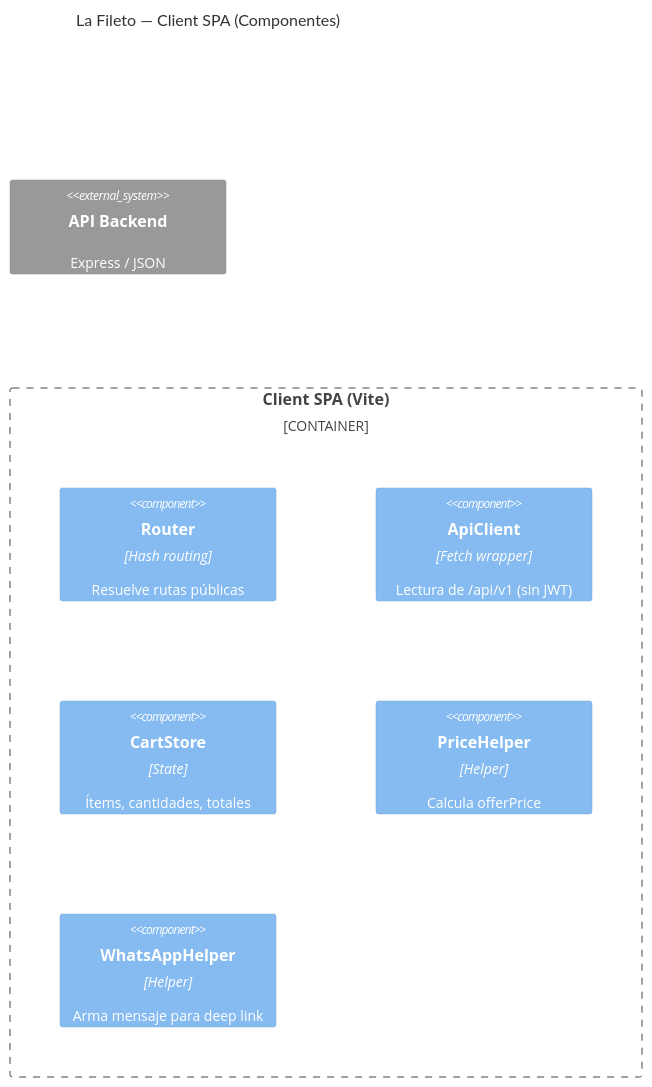
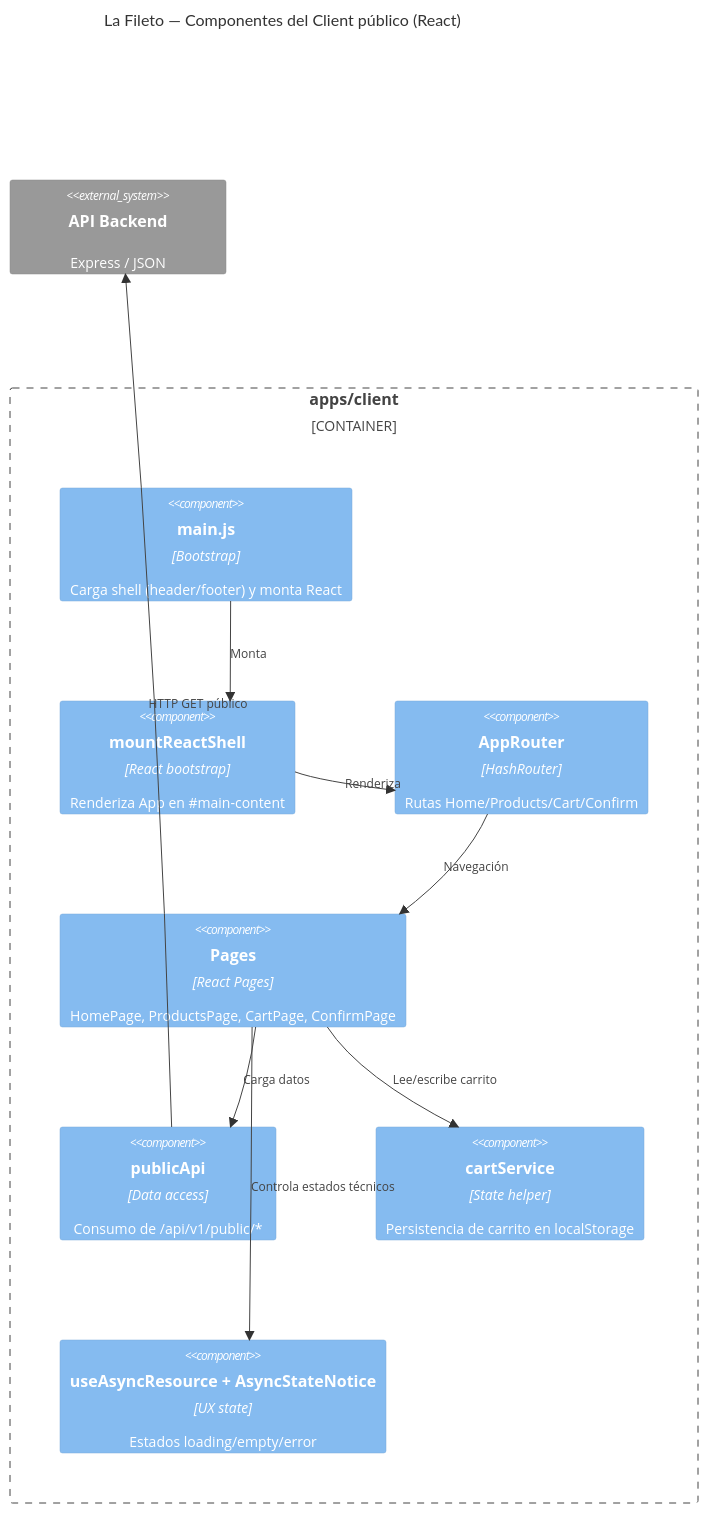
Before and after one commit to EMA1322/lafileto-monorepo: the diagram in docs/03-arquitectura/c4-components-client.mmd, drawn with Mermaid. The commit also changed other lines of this file and 11 other files, not shown here.

````diff
--- a/docs/03-arquitectura/c4-components-client.mmd
+++ b/docs/03-arquitectura/c4-components-client.mmd
@@ -1,15 +1,23 @@
 ```mermaid
-%% C4 Model — Components (Client SPA)
 C4Component
-title La Fileto — Client SPA (Componentes)
+title La Fileto — Componentes del Client público (React)
 
-Container_Boundary(clientSpa, "Client SPA (Vite)") {
+Container_Boundary(clientSpa, "apps/client") {
+  Component(mainEntry, "main.js", "Bootstrap", "Carga shell (header/footer) y monta React")
+  Component(reactBootstrap, "mountReactShell", "React bootstrap", "Renderiza App en #main-content")
+  Component(appRouter, "AppRouter", "HashRouter", "Rutas Home/Products/Cart/Confirm")
+  Component(pages, "Pages", "React Pages", "HomePage, ProductsPage, CartPage, ConfirmPage")
+  Component(publicApi, "publicApi", "Data access", "Consumo de /api/v1/public/*")
+  Component(cartService, "cartService", "State helper", "Persistencia de carrito en localStorage")
+  Component(asyncUi, "useAsyncResource + AsyncStateNotice", "UX state", "Estados loading/empty/error")
+}
 
-  Component(router, "Router", "Hash routing", "Resuelve rutas públicas")
-  Component(apiClient, "ApiClient", "Fetch wrapper", "Lectura de /api/v1 (sin JWT)")
-  Component(cartStore, "CartStore", "State", "Ítems, cantidades, totales")
-  Component(priceHelper, "PriceHelper", "Helper", "Calcula offerPrice")
-  Component(whatsHelper, "WhatsAppHelper", "Helper", "Arma mensaje para deep link")
-}
 System_Ext(api, "API Backend", "Express / JSON")
+Rel(mainEntry, reactBootstrap, "Monta")
+Rel(reactBootstrap, appRouter, "Renderiza")
+Rel(appRouter, pages, "Navegación")
+Rel(pages, publicApi, "Carga datos")
+Rel(pages, cartService, "Lee/escribe carrito")
+Rel(pages, asyncUi, "Controla estados técnicos")
+Rel(publicApi, api, "HTTP GET público")
 ```
````
